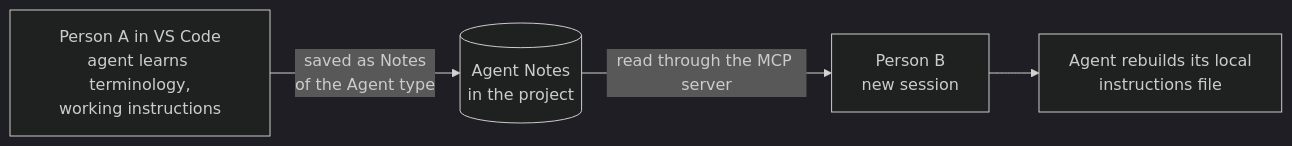
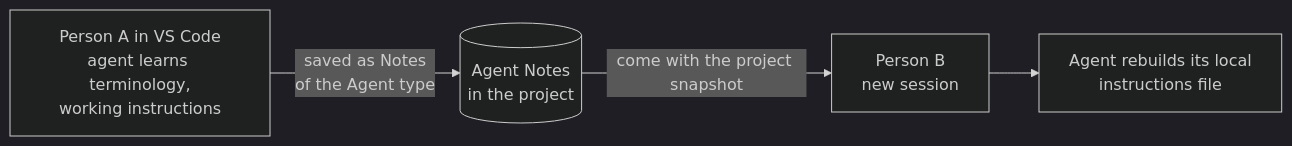
One commit to maazuddinmohammed/gds_workbench_v3 changed the diagram in design/vscode/agent-notes.md. Above: the diagram before and after it, drawn with Mermaid (dark theme). The commit also changed other lines of this file and 12 other files, not shown here.

Commit message:
Operations tables: design/operations/ with the 20 agreed MCP tools; docs brought in line (lock release and override, snapshot, kind, SQL access, no reading tools)

````diff
--- a/design/vscode/agent-notes.md
+++ b/design/vscode/agent-notes.md
@@ -7,6 +7,6 @@
 ```mermaid
 flowchart LR
     A["Person A in VS Code<br/>agent learns terminology,<br/>working instructions"] -- "saved as Notes<br/>of the Agent type" --> NOTES[("Agent Notes<br/>in the project")]
-    NOTES -- "read through the MCP server" --> B["Person B<br/>new session"]
+    NOTES -- "come with the project snapshot" --> B["Person B<br/>new session"]
     B --> FILE["Agent rebuilds its local<br/>instructions file"]
 ```
````
